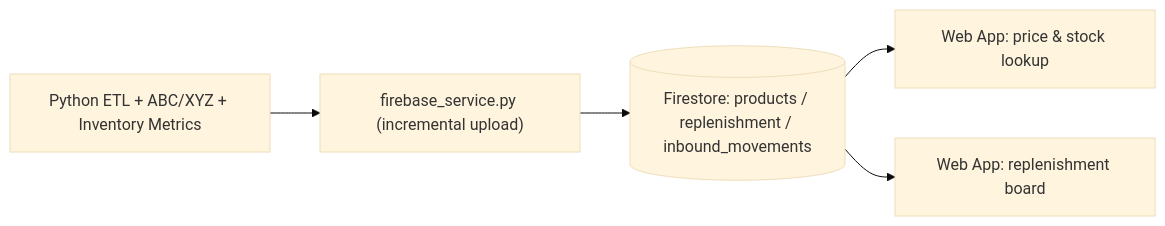
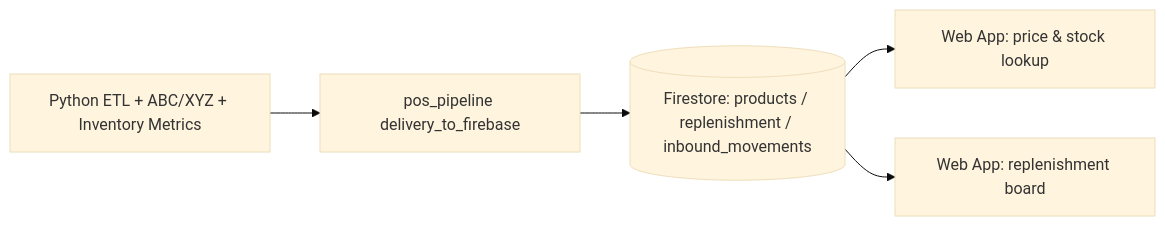
The second of 2 diagrams in README.md (chengchakkwong/POS-Data-Analytics-Pipeline), drawn with Mermaid (base theme) before and after one commit. The commit also changed other lines of this file and 5 other files, not shown here.

````diff
--- a/README.md
+++ b/README.md
@@ -108,7 +108,7 @@
 ```mermaid
 flowchart LR
-  ETL["Python ETL + ABC/XYZ + Inventory Metrics"] --> Upload["firebase_service.py (incremental upload)"]
+  ETL["Python ETL + ABC/XYZ + Inventory Metrics"] --> Upload["pos_pipeline delivery_to_firebase"]
   Upload --> FS[("Firestore: products / replenishment / inbound_movements")]
   FS --> Scan["Web App: price & stock lookup"]
   FS --> Repl["Web App: replenishment board"]
 ```
````
